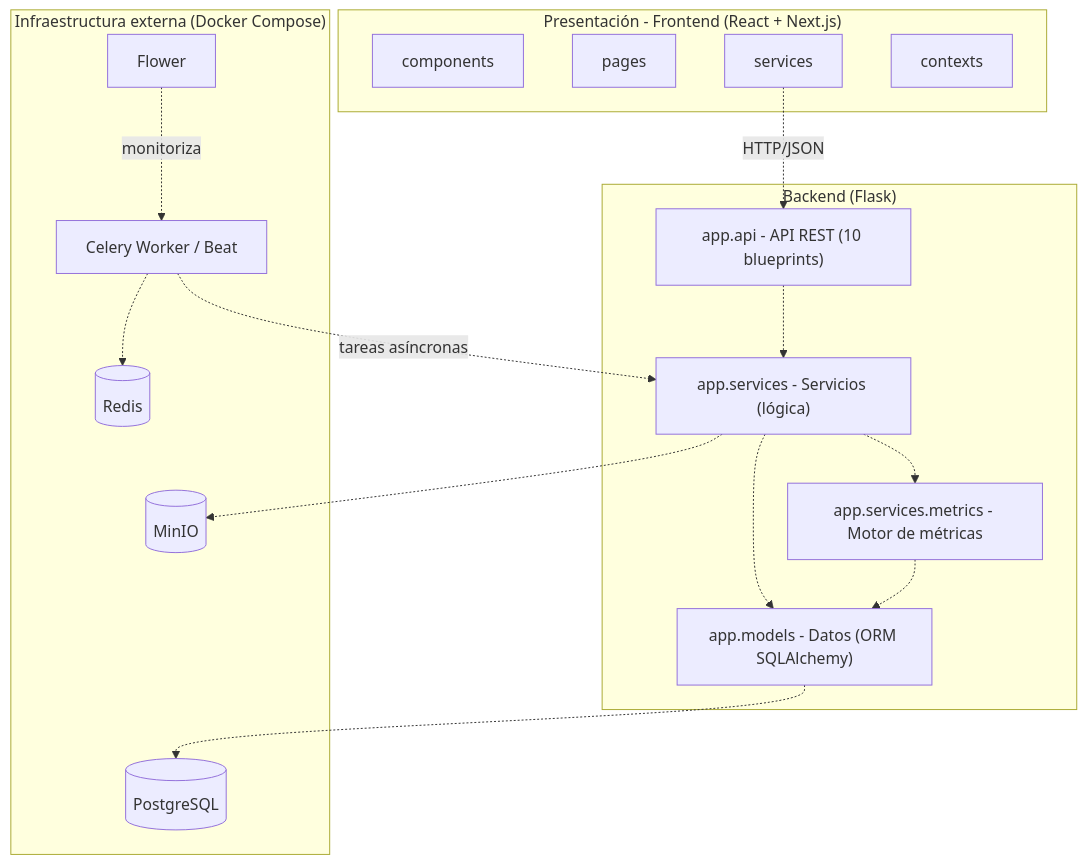
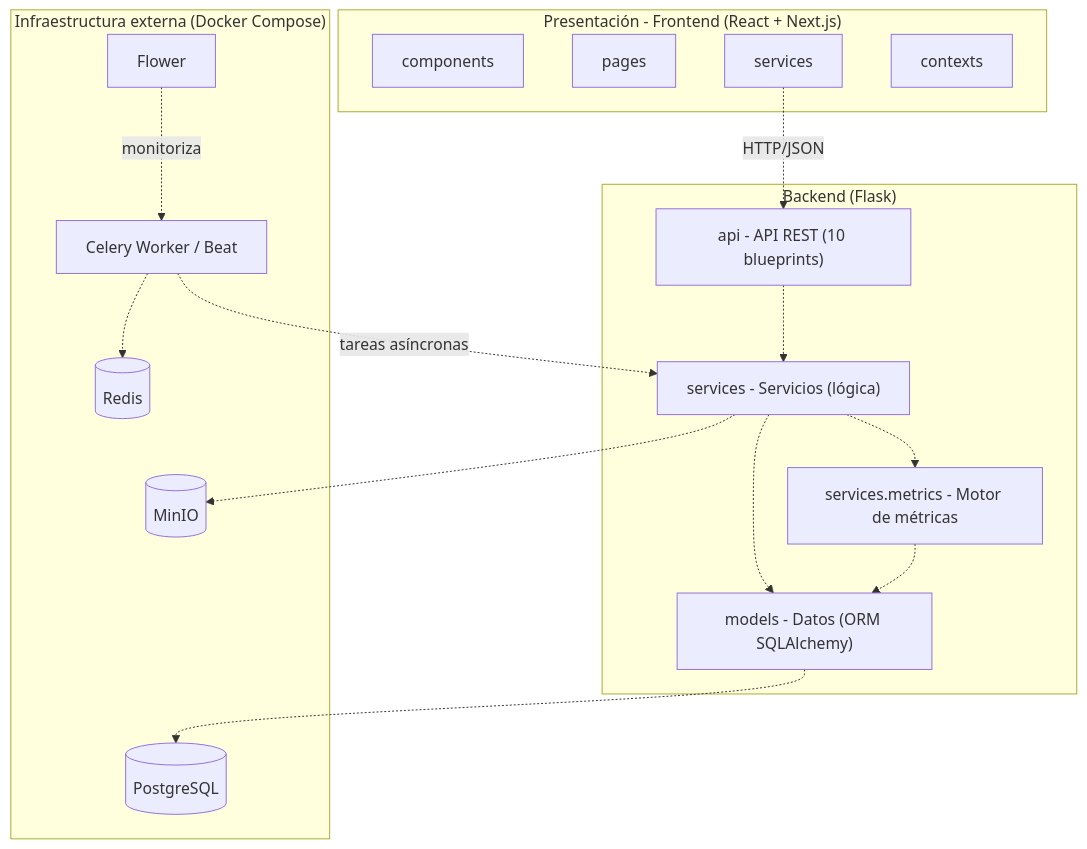
The diagram in docs/TFG/GITA_TFG/misc/diagrama_paquetes.mmd (AlexSaiz222/TFG_CALIDAD_DATOS_IA), drawn with Mermaid before and after one commit. The commit also changed 12 other files, not shown here.

First line of the commit message:
Update TFG docs, diagrams and add coverage

```diff
--- a/docs/TFG/GITA_TFG/misc/diagrama_paquetes.mmd
+++ b/docs/TFG/GITA_TFG/misc/diagrama_paquetes.mmd
@@ -1,33 +1,33 @@
 graph TB
     subgraph Frontend ["Presentación - Frontend (React + Next.js)"]
         components[components]
         pages[pages]
         front_services[services]
         contexts[contexts]
     end
 
     subgraph Backend ["Backend (Flask)"]
-        api["app.api - API REST (10 blueprints)"]
-        services["app.services - Servicios (lógica)"]
-        metrics["app.services.metrics - Motor de métricas"]
-        models["app.models - Datos (ORM SQLAlchemy)"]
+        api["api - API REST (10 blueprints)"]
+        services["services - Servicios (lógica)"]
+        metrics["services.metrics - Motor de métricas"]
+        models["models - Datos (ORM SQLAlchemy)"]
     end
 
     subgraph Infra ["Infraestructura externa (Docker Compose)"]
         postgres[(PostgreSQL)]
         minio[(MinIO)]
         redis[(Redis)]
         celery["Celery Worker / Beat"]
         flower["Flower"]
     end
 
     front_services -.->|HTTP/JSON| api
     api -.-> services
     services -.-> metrics
     services -.-> models
     metrics -.-> models
     models -.-> postgres
     services -.-> minio
     celery -.->|tareas asíncronas| services
     celery -.-> redis
     flower -.->|monitoriza| celery
```
